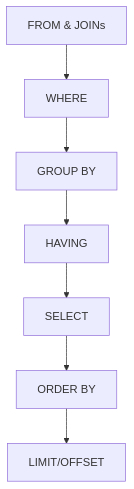
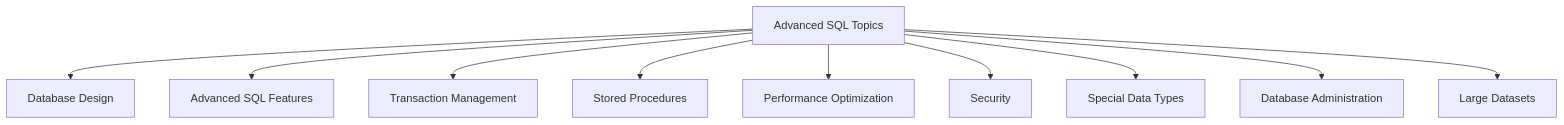
Before and after one commit to wahidyankf/oss: the sixth of 6 diagrams in apps-standalone/ayokoding-web/content/en/learn/crash-courses/swe/lang/sql/basics.md, drawn with Mermaid. The commit also changed other lines of this file and 40 other files, not shown here.

````diff
--- a/apps-standalone/ayokoding-web/content/en/learn/crash-courses/swe/lang/sql/basics.md
+++ b/apps-standalone/ayokoding-web/content/en/learn/crash-courses/swe/lang/sql/basics.md
@@ -330,16 +605,12 @@
 ```mermaid
-graph TD
-    A[FROM & JOINs]
-    B[WHERE]
-    C[GROUP BY]
-    D[HAVING]
-    E[SELECT]
-    F[ORDER BY]
-    G[LIMIT/OFFSET]
-    A --> B
-    B --> C
-    C --> D
-    D --> E
-    E --> F
-    F --> G
+flowchart TD
+    A[Advanced SQL Topics] --> B[Database Design]
+    A --> C[Advanced SQL Features]
+    A --> D[Transaction Management]
+    A --> E[Stored Procedures]
+    A --> F[Performance Optimization]
+    A --> G[Security]
+    A --> H[Special Data Types]
+    A --> I[Database Administration]
+    A --> J[Large Datasets]
 ```
````
